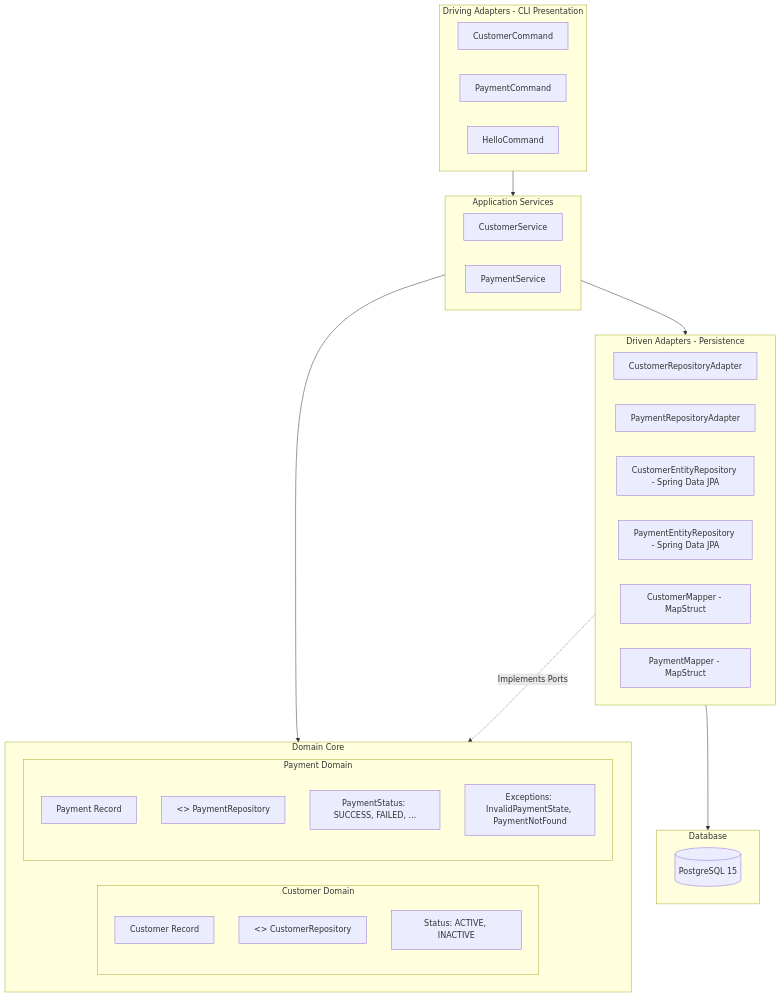
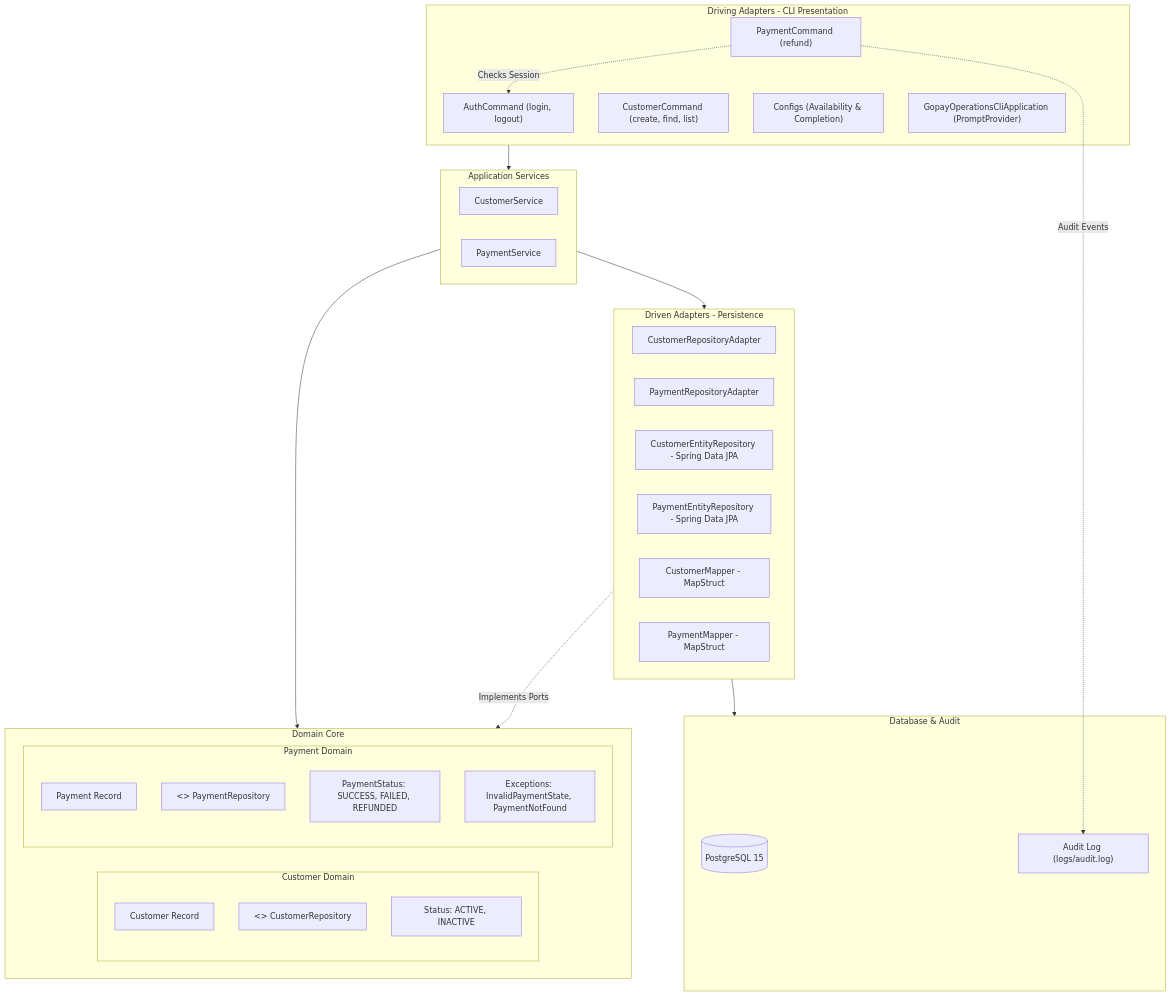
One commit to Tountoun/gopay-cli changed the diagram in README.md. Above: the diagram before and after it, drawn with Mermaid. The commit also changed other lines of this file, not shown here.

````diff
--- a/README.md
+++ b/README.md
@@ -58,46 +71,51 @@
 ```mermaid
 flowchart TD
-    subgraph Driving_Adapters [Driving Adapters - CLI Presentation]
-        CC[CustomerCommand]
-        PC[PaymentCommand]
-        HC[HelloCommand]
+    subgraph Driving_Adapters ["Driving Adapters - CLI Presentation"]
+        AC["AuthCommand (login, logout)"]
+        CC["CustomerCommand (create, find, list)"]
+        PC["PaymentCommand (refund)"]
+        CFG["Configs (Availability & Completion)"]
+        PP["GopayOperationsCliApplication (PromptProvider)"]
     end
 
-    subgraph Application_Layer [Application Services]
-        CS[CustomerService]
-        PS[PaymentService]
+    subgraph Application_Layer ["Application Services"]
+        CS["CustomerService"]
+        PS["PaymentService"]
     end
 
-    subgraph Domain_Layer [Domain Core]
-        subgraph Customer_Domain [Customer Domain]
-            C[Customer Record]
-            CR[<<interface>> CustomerRepository]
-            CS_ENUM[Status: ACTIVE, INACTIVE]
+    subgraph Domain_Layer ["Domain Core"]
+        subgraph Customer_Domain ["Customer Domain"]
+            C["Customer Record"]
+            CR["<<interface>> CustomerRepository"]
+            CS_ENUM["Status: ACTIVE, INACTIVE"]
         end
-        subgraph Payment_Domain [Payment Domain]
-            P[Payment Record]
-            PR[<<interface>> PaymentRepository]
-            PS_ENUM[PaymentStatus: SUCCESS, FAILED, ...]
-            EX[Exceptions: InvalidPaymentState, PaymentNotFound]
+        subgraph Payment_Domain ["Payment Domain"]
+            P["Payment Record"]
+            PR["<<interface>> PaymentRepository"]
+            PS_ENUM["PaymentStatus: SUCCESS, FAILED, REFUNDED"]
+            EX["Exceptions: InvalidPaymentState, PaymentNotFound"]
         end
     end
 
-    subgraph Driven_Adapters [Driven Adapters - Persistence]
-        CRA[CustomerRepositoryAdapter]
-        PRA[PaymentRepositoryAdapter]
-        CER[CustomerEntityRepository - Spring Data JPA]
-        PER[PaymentEntityRepository - Spring Data JPA]
-        CM[CustomerMapper - MapStruct]
-        PM[PaymentMapper - MapStruct]
+    subgraph Driven_Adapters ["Driven Adapters - Persistence"]
+        CRA["CustomerRepositoryAdapter"]
+        PRA["PaymentRepositoryAdapter"]
+        CER["CustomerEntityRepository - Spring Data JPA"]
+        PER["PaymentEntityRepository - Spring Data JPA"]
+        CM["CustomerMapper - MapStruct"]
+        PM["PaymentMapper - MapStruct"]
     end
 
-    subgraph Database [Database]
-        PG[(PostgreSQL 15)]
+    subgraph Database ["Database & Audit"]
+        PG[("PostgreSQL 15")]
+        AUDIT["Audit Log (logs/audit.log)"]
     end
 
     Driving_Adapters --> Application_Layer
+    PC -.->|Checks Session| AC
+    PC -.->|Audit Events| AUDIT
     Application_Layer --> Domain_Layer
     Driven_Adapters -.->|Implements Ports| Domain_Layer
     Application_Layer --> Driven_Adapters
     Driven_Adapters --> Database
 ```
````
